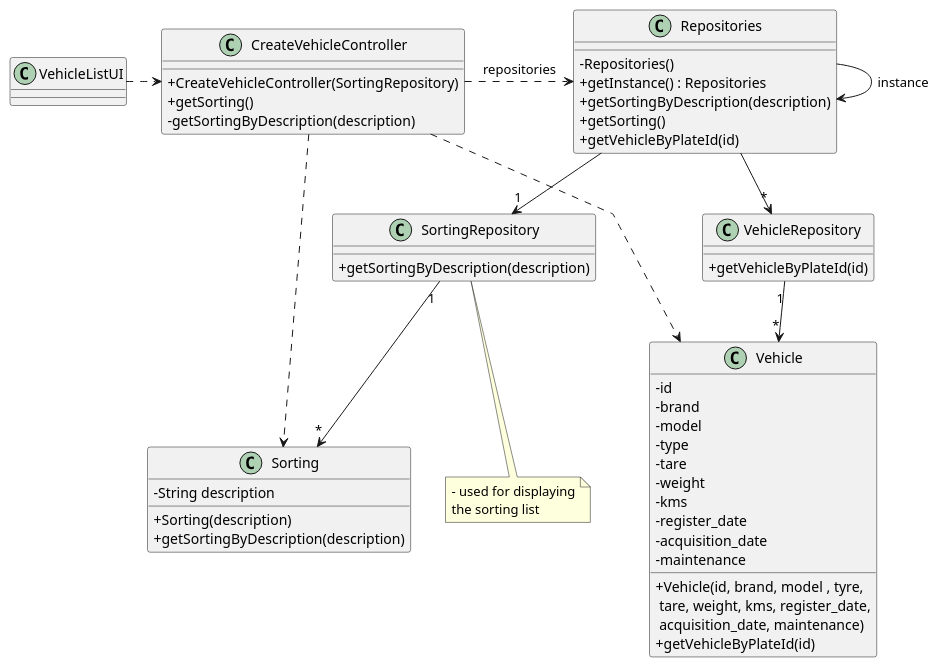
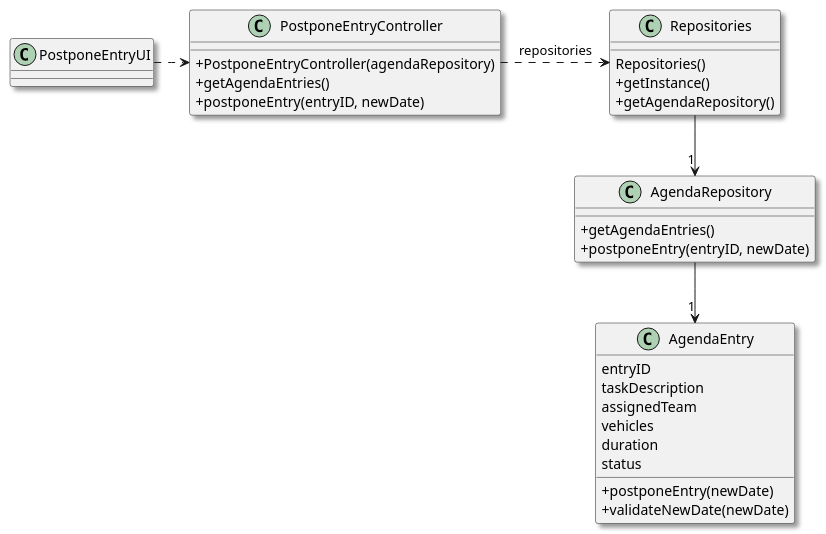
Before and after one commit to rpedros02/lei-24-s2-1DL-g08: the diagram in docs/sprintC/us024/03.design/puml/us024-class-diagram.puml, drawn with PlantUML. The commit also changed 5 other files, not shown here.

Commit message:
Início dos diagramas da US24

```diff
--- a/docs/sprintC/us024/03.design/puml/us024-class-diagram.puml
+++ b/docs/sprintC/us024/03.design/puml/us024-class-diagram.puml
@@ -1,80 +1,42 @@
 @startuml
-'skinparam monochrome true
+skinparam monochrome false
 skinparam packageStyle rectangle
-skinparam shadowing false
-skinparam linetype polyline
-'skinparam linetype orto
-
+skinparam shadowing true
 skinparam classAttributeIconSize 0
 
-'left to right direction
-
-
-class Vehicle {
-    - id
-    - brand
-    - model
-    - type
-    - tare
-    - weight
-    - kms
-    - register_date
-    - acquisition_date
-    - maintenance
-
-    + Vehicle(id, brand, model , tyre,\n tare, weight, kms, register_date,\n acquisition_date, maintenance)
-    + getVehicleByPlateId(id)
+class PostponeEntryUI {
 }
 
-class Sorting {
-    - String description
-
-    + Sorting(description)
-    + getSortingByDescription(description)
-}
-
-class SortingRepository {
-    + getSortingByDescription(description)
-}
-
-class VehicleRepository {
-    + getVehicleByPlateId(id)
+class PostponeEntryController {
+    + PostponeEntryController(agendaRepository)
+    + getAgendaEntries()
+    + postponeEntry(entryID, newDate)
 }
 
 class Repositories {
-    - Repositories()
-    + getInstance() : Repositories
-    + getSortingByDescription(description)
-    + getSorting()
-    + getVehicleByPlateId(id)
+    Repositories()
+    + getInstance()
+    + getAgendaRepository()
 }
 
-note bottom of SortingRepository
-    - used for displaying
-    the sorting list
-end note
-
-class VehicleListUI {
+class AgendaRepository {
+    + getAgendaEntries()
+    + postponeEntry(entryID, newDate)
 }
 
-class CreateVehicleController {
-    + CreateVehicleController(SortingRepository)
-    + getSorting()
-    - getSortingByDescription(description)
+class AgendaEntry {
+    entryID
+    taskDescription
+    assignedTeam
+    vehicles
+    duration
+    status
+    + postponeEntry(newDate)
+    + validateNewDate(newDate)
 }
 
-VehicleListUI .> CreateVehicleController
-
-CreateVehicleController .> Repositories : repositories
-
-Repositories -> Repositories : instance
-
-Repositories --> "1" SortingRepository
-Repositories --> "*" VehicleRepository
-
-VehicleRepository "1" --> "*" Vehicle
-SortingRepository "1" --> "*" Sorting
-
-CreateVehicleController .> Sorting
-CreateVehicleController .> Vehicle
+PostponeEntryUI .> PostponeEntryController
+PostponeEntryController .> Repositories : repositories
+Repositories --> "1" AgendaRepository
+AgendaRepository --> "1" AgendaEntry
 @enduml
```
